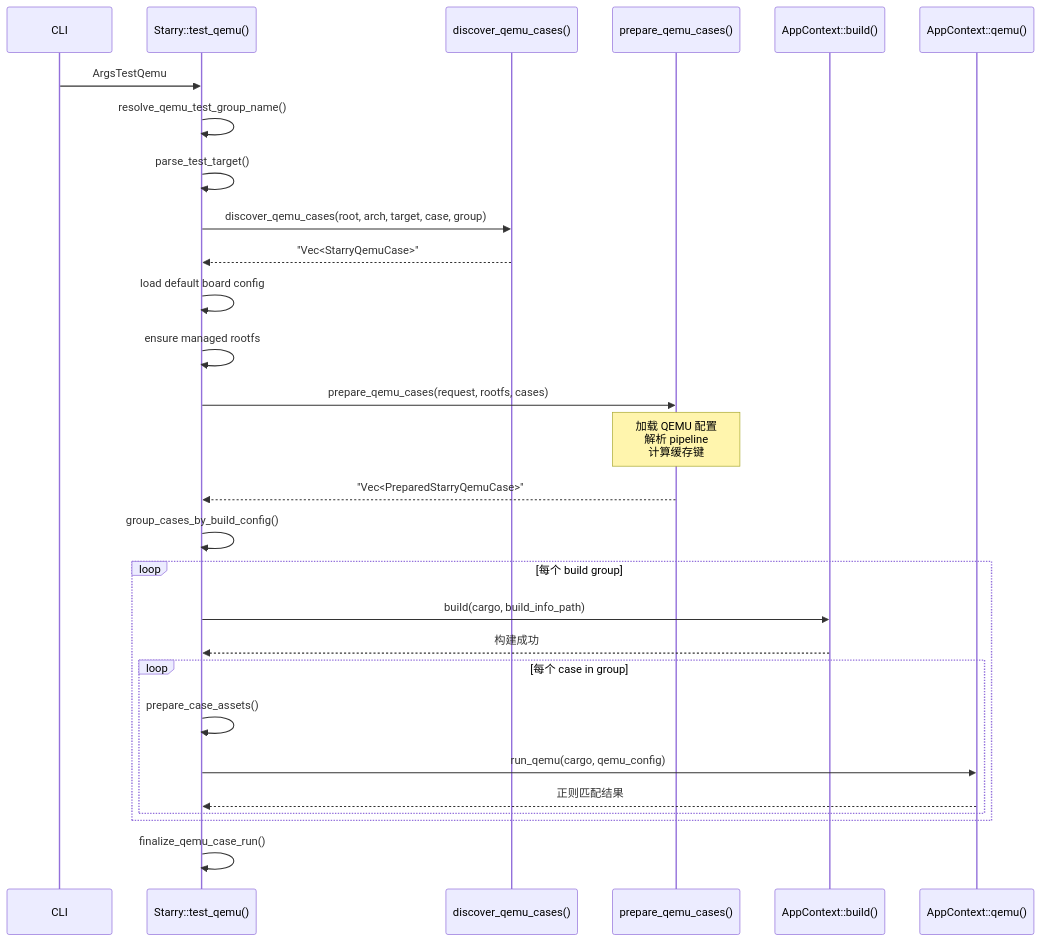
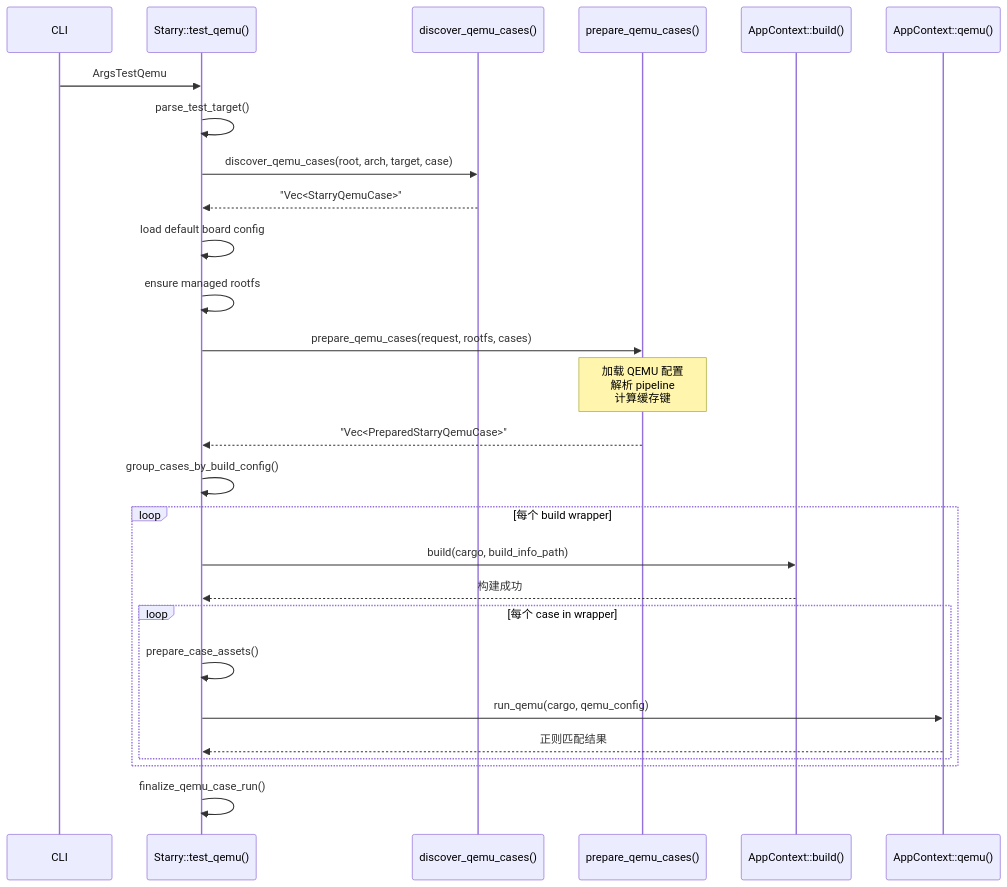
The diagram in docs/docs/build/test/starry.md (rcore-os/tgoskits), drawn with Mermaid before and after one commit. The commit also changed other lines of this file and 14 other files, not shown here.

Commit message:
docs(starry): document flattened test-suite layout

````diff
--- a/docs/docs/build/test/starry.md
+++ b/docs/docs/build/test/starry.md
@@ -54,34 +82,33 @@
 ```mermaid
 sequenceDiagram
     participant CLI as CLI
     participant Starry as Starry::test_qemu()
     participant Discover as discover_qemu_cases()
     participant Prepare as prepare_qemu_cases()
     participant Build as AppContext::build()
     participant Run as AppContext::qemu()
 
     CLI->>Starry: ArgsTestQemu
-    Starry->>Starry: resolve_qemu_test_group_name()
     Starry->>Starry: parse_test_target()
-    Starry->>Discover: discover_qemu_cases(root, arch, target, case, group)
+    Starry->>Discover: discover_qemu_cases(root, arch, target, case)
     Discover-->>Starry: "Vec<StarryQemuCase>"
     Starry->>Starry: load default board config
     Starry->>Starry: ensure managed rootfs
     Starry->>Prepare: prepare_qemu_cases(request, rootfs, cases)
     Note over Prepare: 加载 QEMU 配置<br/>解析 pipeline<br/>计算缓存键
     Prepare-->>Starry: "Vec<PreparedStarryQemuCase>"
     Starry->>Starry: group_cases_by_build_config()
 
-    loop 每个 build group
+    loop 每个 build wrapper
         Starry->>Build: build(cargo, build_info_path)
         Build-->>Starry: 构建成功
 
-        loop 每个 case in group
+        loop 每个 case in wrapper
             Starry->>Starry: prepare_case_assets()
             Starry->>Run: run_qemu(cargo, qemu_config)
             Run-->>Starry: 正则匹配结果
         end
     end
 
     Starry->>Starry: finalize_qemu_case_run()
 ```
````
